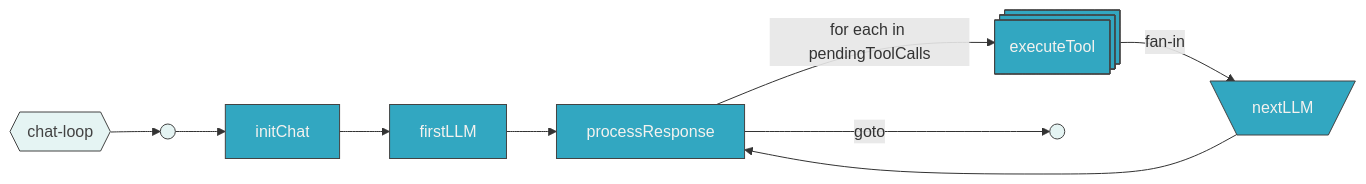
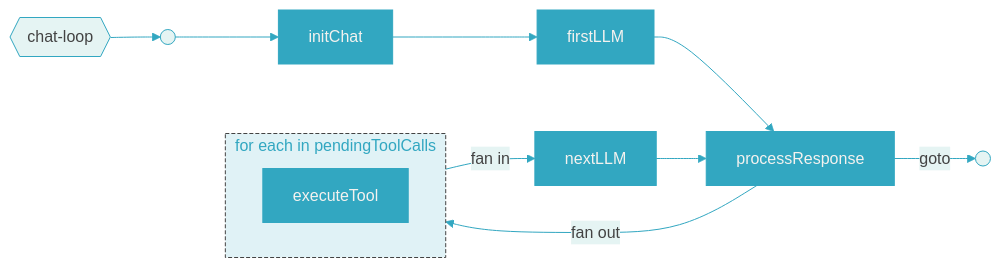
One commit to bhardwajRahul/fabric changed the diagram in coreservices/llm/CHATLOOP.mmd. Above: the diagram before and after it, drawn with Mermaid. The commit also changed 171 other files, not shown here.

```diff
--- a/coreservices/llm/CHATLOOP.mmd
+++ b/coreservices/llm/CHATLOOP.mmd
@@ -1,17 +1,23 @@
+%%{init: {'themeVariables': {'lineColor': '#32a7c1', 'edgeLabelBackground': '#e5f4f3', 'textColor': '#434343', 'titleColor': '#32a7c1', 'clusterTextColor': '#32a7c1'}}}%%
 graph LR
-    classDef task fill:#32a7c1,color:#f4f2ef,stroke:#434343
-    classDef sub fill:#ed2e92,color:#f4f2ef,stroke:#434343
-    classDef term fill:#e5f4f3,color:#434343,stroke:#434343
+    classDef task fill:#32a7c1,color:#f4f2ef,stroke:#32a7c1
+    classDef sub fill:#ed2e92,color:#f4f2ef,stroke:#ed2e92
+    classDef term fill:#e5f4f3,color:#434343,stroke:#32a7c1
 
     _title{{"chat-loop"}}:::term --> _start
-    t4@{ shape: st-rect, label: "executeTool" }
-    t2@{ shape: trap-t, label: "nextLLM" }
-    _start(( )):::term --> t0["initChat"]:::task
-    t0 --> t1["firstLLM"]:::task
-    t1 --> t3["processResponse"]:::task
+    _start(( )):::term --> t0
+    t0["initChat"]:::task
+    t1["firstLLM"]:::task
+    t2["nextLLM"]:::task
+    t3["processResponse"]:::task
+    subgraph fo_t3 ["for each in pendingToolCalls"]
+        direction LR
+        t4["executeTool"]:::task
+    end
+    t0 --> t1
+    t1 --> t3
     t3 -->|"goto"| _end(( )):::term
-    t3 -->|"for each in pendingToolCalls"| t4
-    t4 -->|"fan-in"| t2
+    t3 -->|"fan out"| t4
+    t4 -->|"fan in"| t2
     t2 --> t3
-    class t4 task
-    class t2 task
+    style fo_t3 fill:#32a7c1,fill-opacity:0.15,stroke:#434343,stroke-dasharray:4 2
```
